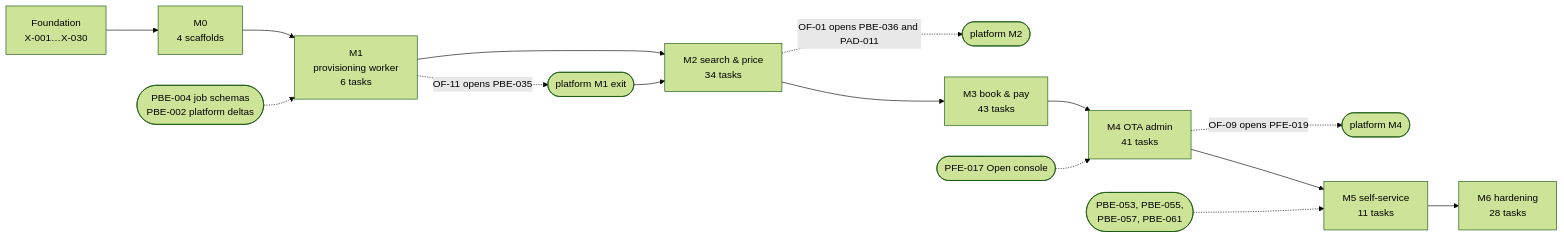
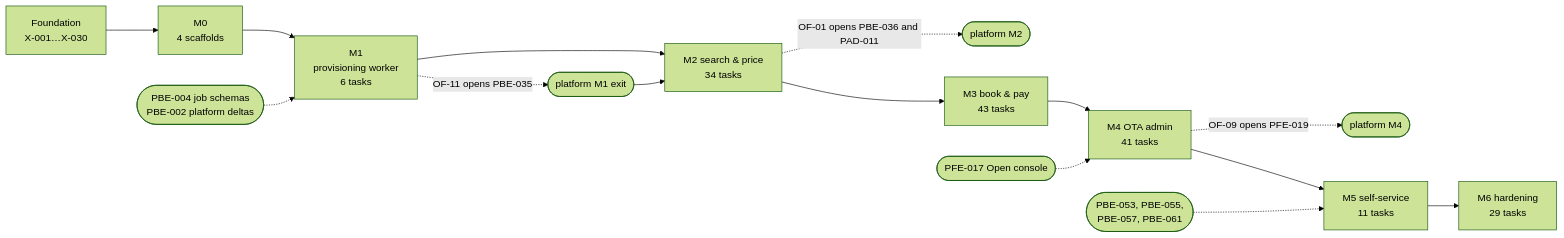
The diagram in ota/docs/plans/implementation-plan.md (bhagwati-prasad/velexis-ota), drawn with Mermaid (forest theme) before and after one commit. The commit also changed other lines of this file and 3 other files, not shown here.

````diff
--- a/ota/docs/plans/implementation-plan.md
+++ b/ota/docs/plans/implementation-plan.md
@@ -62,17 +62,17 @@
 ```mermaid
 flowchart LR
   F["Foundation<br/>X-001…X-030"] --> M0["M0<br/>4 scaffolds"]
   M0 --> M1["M1<br/>provisioning worker<br/>6 tasks"]
   P4(["PBE-004 job schemas<br/>PBE-002 platform deltas"]) -.-> M1
   M1 -. OF-11 opens PBE-035 .-> PM1(["platform M1 exit"])
   M1 --> M2["M2 search & price<br/>34 tasks"]
   PM1 --> M2
   M2 -. OF-01 opens PBE-036 and PAD-011 .-> PM2(["platform M2"])
   M2 --> M3["M3 book & pay<br/>43 tasks"]
   M3 --> M4["M4 OTA admin<br/>41 tasks"]
   PF17(["PFE-017 Open console"]) -.-> M4
   M4 -. OF-09 opens PFE-019 .-> PM4(["platform M4"])
   M4 --> M5["M5 self-service<br/>11 tasks"]
   PM5(["PBE-053, PBE-055,<br/>PBE-057, PBE-061"]) -.-> M5
-  M5 --> M6["M6 hardening<br/>28 tasks"]
+  M5 --> M6["M6 hardening<br/>29 tasks"]
 ```
````
